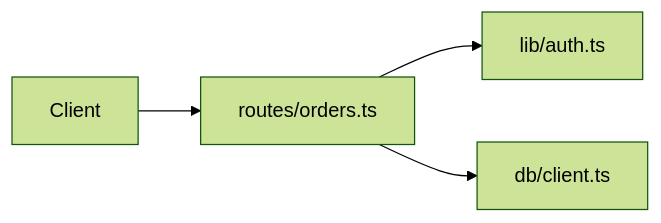
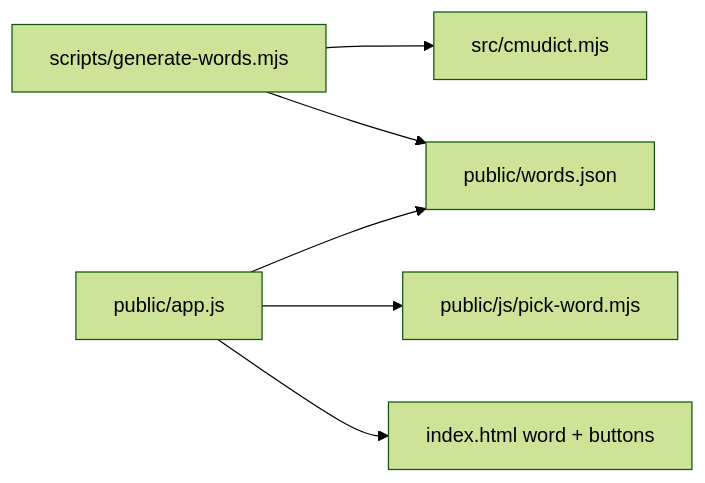
One commit to jdserenity/freestyle changed the diagram in scaffold/CODEMAP-HUMAN.md. Above: the diagram before and after it, drawn with Mermaid (forest theme). The commit also changed other lines of this file and 5 other files, not shown here.

````diff
--- a/scaffold/CODEMAP-HUMAN.md
+++ b/scaffold/CODEMAP-HUMAN.md
@@ -33,6 +29,8 @@
 ```mermaid
 flowchart LR
-  Client --> routes/orders.ts
-  routes/orders.ts --> lib/auth.ts
-  routes/orders.ts --> db/client.ts
+  generate["scripts/generate-words.mjs"] --> cmudict["src/cmudict.mjs"]
+  generate --> words["public/words.json"]
+  app["public/app.js"] --> words
+  app --> pick["public/js/pick-word.mjs"]
+  app --> ui["index.html word + buttons"]
 ```
````
